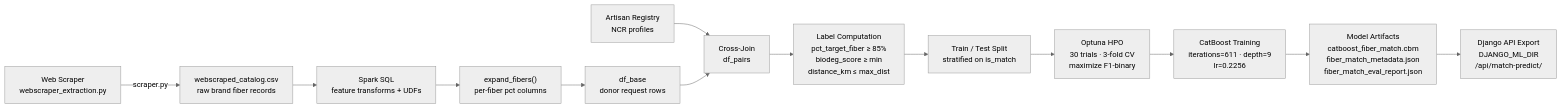
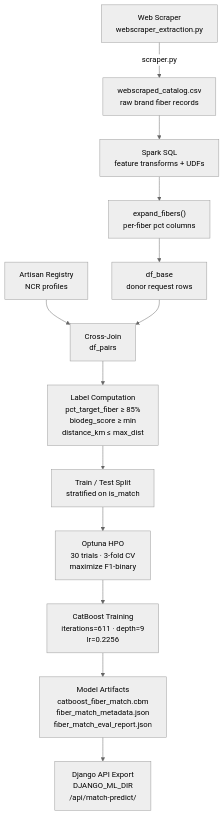
The first of 2 diagrams in README.md (bakuncwa/weaveforward_fiber_model), drawn with Mermaid before and after one commit.

Commit message:
updated README.md ETL vertical shift

````diff
--- a/README.md
+++ b/README.md
@@ -52,16 +52,16 @@
 ```mermaid
 %%{init: {'theme': 'neutral'}}%%
-flowchart LR
+flowchart TD
     A["Web Scraper<br/>webscraper_extraction.py"] -->|scraper.py| B["webscraped_catalog.csv<br/>raw brand fiber records"]
     B --> C["Spark SQL<br/>feature transforms + UDFs"]
     C --> D["expand_fibers()<br/>per-fiber pct columns"]
     D --> E["df_base<br/>donor request rows"]
     F["Artisan Registry<br/>NCR profiles"] --> G
     E --> G["Cross-Join<br/>df_pairs"]
     G --> H["Label Computation<br/>pct_target_fiber ≥ 85%<br/>biodeg_score ≥ min<br/>distance_km ≤ max_dist"]
     H --> I["Train / Test Split<br/>stratified on is_match"]
     I --> J["Optuna HPO<br/>30 trials · 3-fold CV<br/>maximize F1-binary"]
     J --> K["CatBoost Training<br/>iterations=611 · depth=9<br/>lr=0.2256"]
     K --> L["Model Artifacts<br/>catboost_fiber_match.cbm<br/>fiber_match_metadata.json<br/>fiber_match_eval_report.json"]
     L --> M["Django API Export<br/>DJANGO_ML_DIR<br/>/api/match-predict/"]
 ```
````
